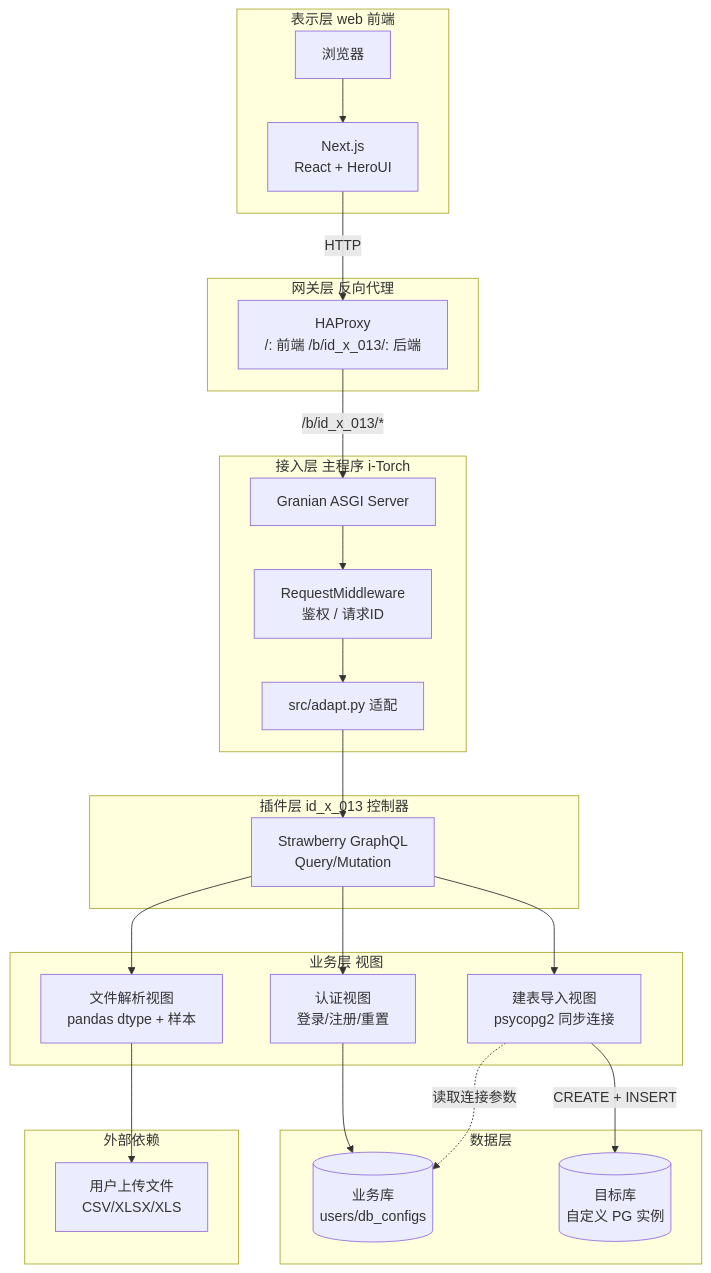
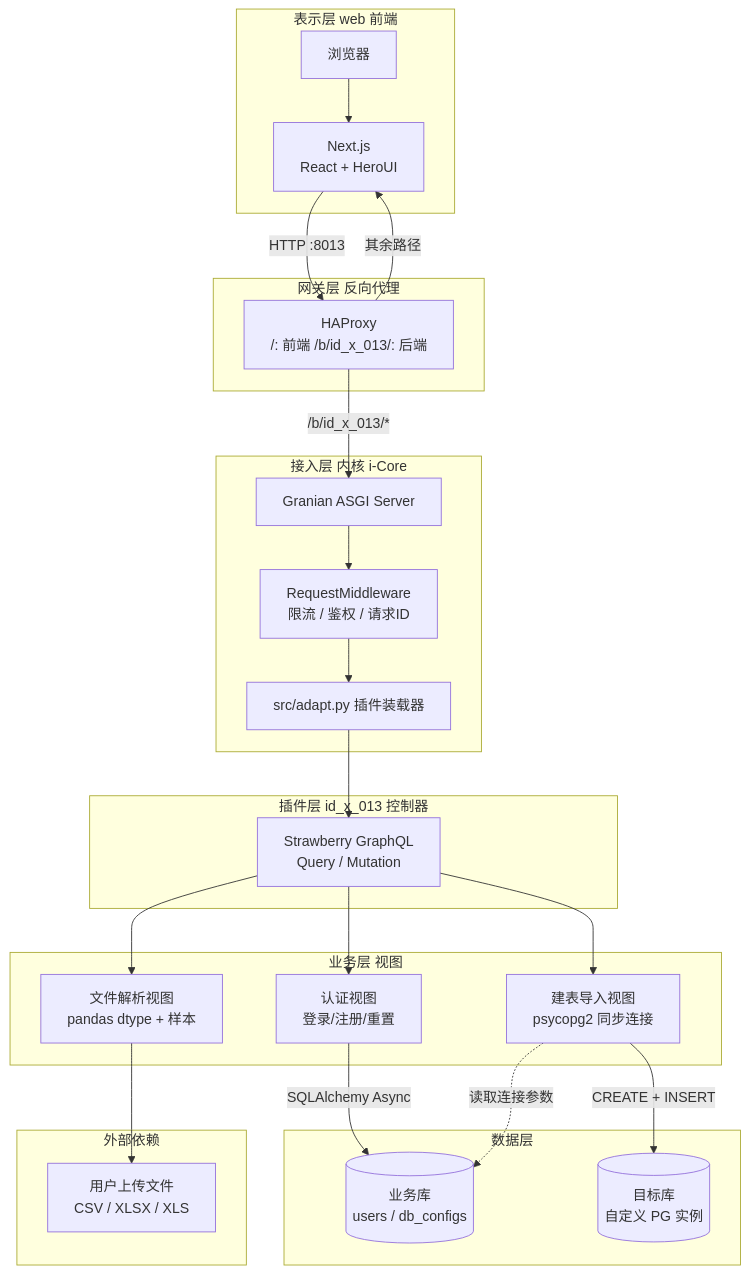
The first of 2 diagrams in README.md (i-TorchLabs/id_x_013), drawn with Mermaid before and after one commit. The commit also changed other lines of this file and 9 other files, not shown here.

````diff
--- a/README.md
+++ b/README.md
@@ -67,50 +64,49 @@
 ```mermaid
 graph TB
   subgraph L1[表示层 web 前端]
     Browser[浏览器]
     NextJS["Next.js<br/>React + HeroUI"]
   end
 
   subgraph L2[网关层 反向代理]
     HAProxy[HAProxy<br/>/: 前端 /b/id_x_013/: 后端]
   end
 
-  subgraph L3[接入层 主程序 i-Torch]
+  subgraph L3[接入层 内核 i-Core]
     Granian[Granian ASGI Server]
-    MW[RequestMiddleware<br/>鉴权 / 请求ID]
-    Adapt["src/adapt.py 适配"]
+    MW[RequestMiddleware<br/>限流 / 鉴权 / 请求ID]
+    Adapt["src/adapt.py 插件装载器"]
   end
 
   subgraph L4[插件层 id_x_013 控制器]
-    GQL[Strawberry GraphQL<br/>Query/Mutation]
+    GQL[Strawberry GraphQL<br/>Query / Mutation]
   end
 
   subgraph L5[业务层 视图]
     Auth[认证视图<br/>登录/注册/重置]
     Parse[文件解析视图<br/>pandas dtype + 样本]
     Import[建表导入视图<br/>psycopg2 同步连接]
   end
 
   subgraph L6[数据层]
-    BizDB[(业务库<br/>users/db_configs)]
+    BizDB[(业务库<br/>users / db_configs)]
     TargetDB[(目标库<br/>自定义 PG 实例)]
   end
 
   subgraph L7[外部依赖]
-    Client[用户上传文件<br/>CSV/XLSX/XLS]
+    Client[用户上传文件<br/>CSV / XLSX / XLS]
   end
 
   Browser --> NextJS
-  NextJS -->|HTTP| HAProxy
+  NextJS -->|HTTP :8013| HAProxy
   HAProxy -->|/b/id_x_013/*| Granian
-  Granian --> MW
-  MW --> Adapt
-  Adapt --> GQL
+  HAProxy -->|其余路径| NextJS
+  Granian --> MW --> Adapt --> GQL
   GQL --> Auth
   GQL --> Parse
   GQL --> Import
-  Auth --> BizDB
+  Auth -->|SQLAlchemy Async| BizDB
   Parse --> Client
   Import -->|CREATE + INSERT| TargetDB
   Import -.->|读取连接参数| BizDB
 ```
````
